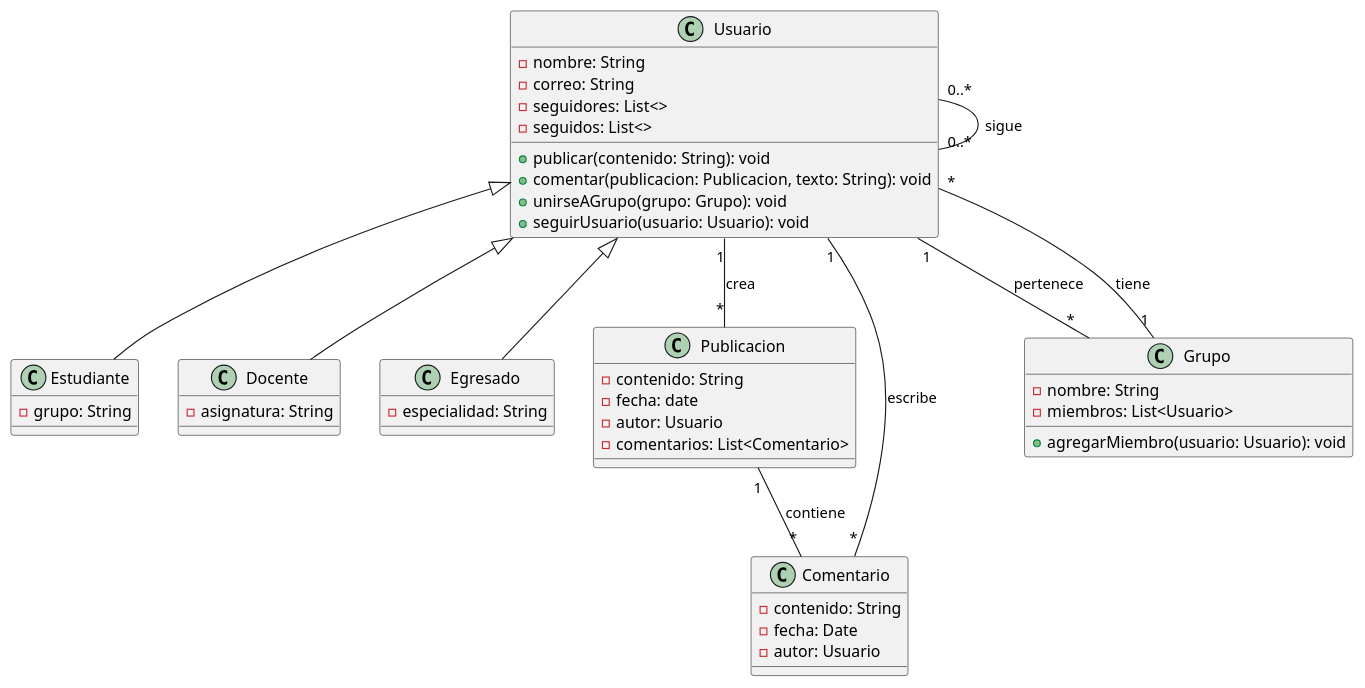
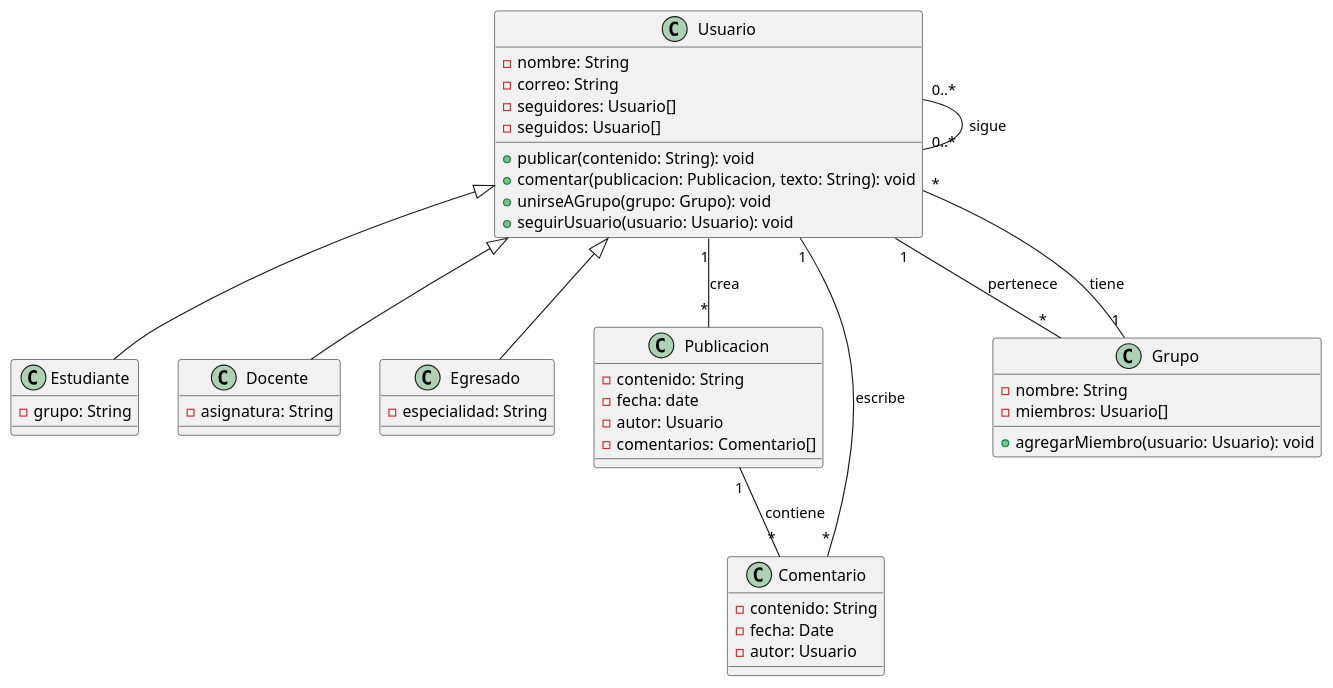
The diagram in src/Ejercicio4/Ejercicio4.puml (MarcosRCG/CFE-Repartido_5), drawn with PlantUML before and after one commit. The commit also changed 3 other files, not shown here.

```diff
--- a/src/Ejercicio4/Ejercicio4.puml
+++ b/src/Ejercicio4/Ejercicio4.puml
@@ -1,51 +1,51 @@
 @startuml
 class Usuario{
     -nombre: String
     -correo: String
-    -seguidores: List<>
-    -seguidos: List<>
+    -seguidores: Usuario[]
+    -seguidos: Usuario[]
     +publicar(contenido: String): void
     +comentar(publicacion: Publicacion, texto: String): void
     +unirseAGrupo(grupo: Grupo): void
     +seguirUsuario(usuario: Usuario): void
 }
 
 class Estudiante extends Usuario{
     -grupo: String
 }
 
 class Docente extends Usuario {
     -asignatura: String
 }
 
 class Egresado extends Usuario {
     -especialidad: String
 }
 
 class Publicacion {
     -contenido: String
     -fecha: date
     -autor: Usuario
-    -comentarios: List<Comentario>
+    -comentarios: Comentario[]
 }
 
 class Comentario {
     -contenido: String
     -fecha: Date
     -autor: Usuario
 }
 
 class Grupo {
     -nombre: String
-    -miembros: List<Usuario>
+    -miembros: Usuario[]
     +agregarMiembro(usuario: Usuario): void
 }
 
 Usuario "0..*" -- "0..*" Usuario: sigue
 Usuario "1" -- "*" Publicacion: crea
 Usuario "1" -- "*" Comentario: escribe
 Usuario "1" -- "*" Grupo: pertenece
 Publicacion "1" -- "*" Comentario: contiene
 Grupo "1" -- "*" Usuario: tiene
 
 @enduml
```
